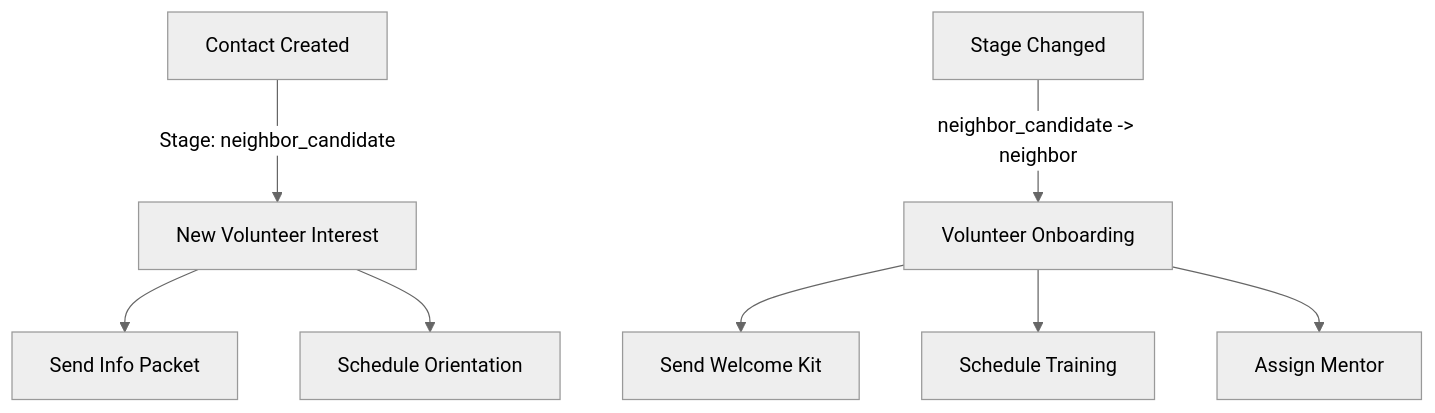
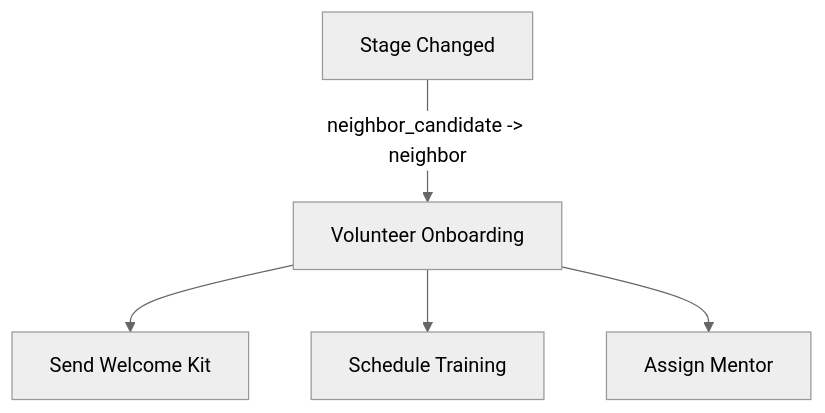
The fourth of 8 diagrams in app/Docs/Workflows.md (Apistolic/boh-larament), drawn with Mermaid (neutral theme) before and after one commit. The commit also changed other lines of this file, not shown here.

````diff
--- a/app/Docs/Workflows.md
+++ b/app/Docs/Workflows.md
@@ -28,13 +49,8 @@
 ```mermaid
 flowchart TD
-    %% Neighboring Volunteer Process
-    A[Contact Created] -->|Stage: neighbor_candidate| B[New Volunteer Interest]
-    B --> C[Send Info Packet]
-    B --> D[Schedule Orientation]
-    
     %% Volunteer Onboarding
     E[Stage Changed] -->|neighbor_candidate -> neighbor| F[Volunteer Onboarding]
     F --> G[Send Welcome Kit]
     F --> H[Schedule Training]
     F --> I[Assign Mentor]
 ```
````
